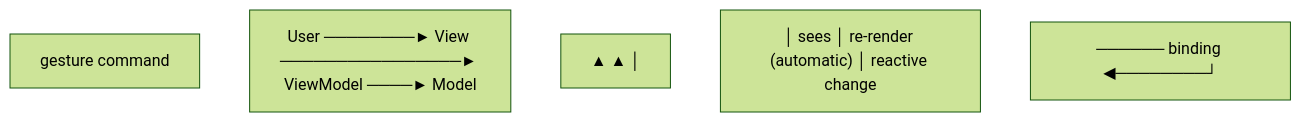
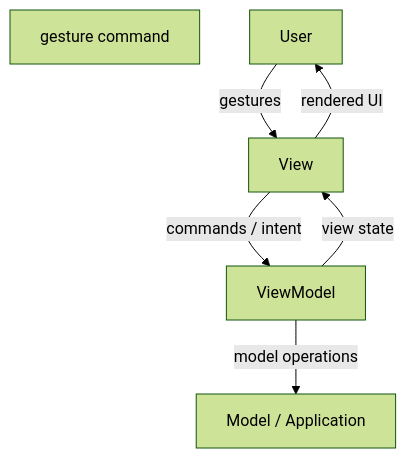
One commit to AndresTaoFlorez/software-architecture changed the second of 2 diagrams in model-view-viewmodel/2-the-binding.md. Above: the diagram before and after it, drawn with Mermaid (forest theme). The commit also changed 21 other files, not shown here.

Commit message:
docs: enforce progressive architecture documentation standard

````diff
--- a/model-view-viewmodel/2-the-binding.md
+++ b/model-view-viewmodel/2-the-binding.md
@@ -28,8 +28,9 @@
 ```mermaid
 flowchart TD
     N0["gesture command"]
-    N1["User ────────► View ────────────────► ViewModel ────► Model"]
-    N2["▲ ▲ │"]
-    N3["│ sees │ re-render (automatic) │ reactive change"]
-    N4["────── binding ◀────────┘"]
+    USER["User"] -->|"gestures"| VIEW["View"]
+    VIEW -->|"commands / intent"| VM["ViewModel"]
+    VM -->|"model operations"| MODEL["Model / Application"]
+    VM -->|"view state"| VIEW
+    VIEW -->|"rendered UI"| USER
 ```
````
